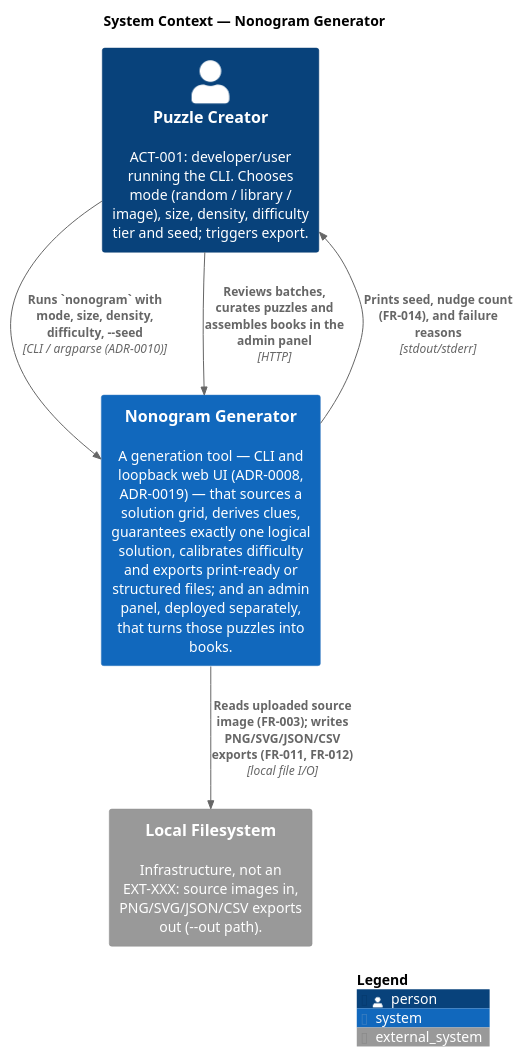
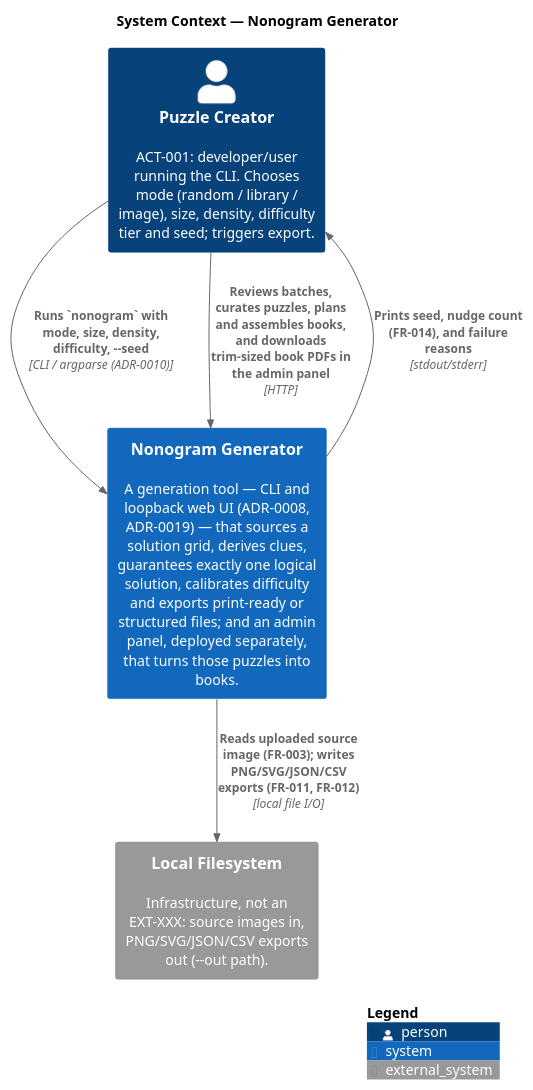
Before and after one commit to et0175/nonogram: the diagram in meta/architecture/c4/context.puml, drawn with PlantUML. The commit also changed 5 other files, not shown here.

First line of the commit message:
arch: book generator synthesis — C4, trace, Increments 13-16

```diff
--- a/meta/architecture/c4/context.puml
+++ b/meta/architecture/c4/context.puml
@@ -1,41 +1,45 @@
 @startuml
 !include <C4/C4_Context>
 ' ============================================================
 ' C4 Context Diagram — Auto-generated by forge:architect-synthesis.
 ' Do not edit manually.
 ' Source: meta/architecture/domain/ + decisions/
 ' Generated from:
 '   ACT-001 (PuzzleCreator, human)
 '   ACT-002 (System — the tool's own automation: solver, scorer, retry
 '            loops; SAME local process, therefore NOT drawn as an actor
 '            or external system; it appears as internal components at L3)
 '   external_systems.yml — EMPTY, and still correct after CARD-112
 '            (2026-09-22): no third-party or sibling-owned system. The
 '            admin panel's Postgres database is NOT an EXT-XXX — it is the
 '            system's own store, owned and migrated by this repository,
 '            so it is a ContainerDb inside the boundary (containers.puml),
 '            not an external system beside it. Constraints: CON-007 and
 '            CON-017, which superseded CON-001 and CON-003.
 '   The local filesystem is drawn below as a boundary element for
 '            readability only — per external_systems.yml it is
 '            infrastructure, NOT an EXT-XXX.
+' DELTA 2026-09-22 (book generator, FR-030..FR-041): no actor or external
+'   system added — Amazon KDP is a print specification the book PDF meets
+'   (CON-018), not an integration; ADR-0033 keeps Book in this system's one
+'   context. Only the admin relationship's label changes.
 ' ADR references:
 '   ADR-0008 (installable package, `nonogram` console entry point)
 '   ADR-0010 (stdlib argparse CLI surface)
 '   ADR-0015 (--seed flag; seed echoed to the user for reproducibility)
 ' ============================================================
 title System Context — Nonogram Generator
 
 Person(puzzleCreator, "Puzzle Creator", "ACT-001: developer/user running the CLI. Chooses mode (random / library / image), size, density, difficulty tier and seed; triggers export.")
 
 System(nonogram, "Nonogram Generator", "A generation tool — CLI and loopback web UI (ADR-0008, ADR-0019) — that sources a solution grid, derives clues, guarantees exactly one logical solution, calibrates difficulty and exports print-ready or structured files; and an admin panel, deployed separately, that turns those puzzles into books.")
 
 System_Ext(filesystem, "Local Filesystem", "Infrastructure, not an EXT-XXX: source images in, PNG/SVG/JSON/CSV exports out (--out path).")
 
 Rel(puzzleCreator, nonogram, "Runs `nonogram` with mode, size, density, difficulty, --seed", "CLI / argparse (ADR-0010)")
 Rel(nonogram, puzzleCreator, "Prints seed, nudge count (FR-014), and failure reasons", "stdout/stderr")
-Rel(puzzleCreator, nonogram, "Reviews batches, curates puzzles and assembles books in the admin panel", "HTTP")
+Rel(puzzleCreator, nonogram, "Reviews batches, curates puzzles, plans and assembles books, and downloads trim-sized book PDFs in the admin panel", "HTTP")
 Rel(nonogram, filesystem, "Reads uploaded source image (FR-003); writes PNG/SVG/JSON/CSV exports (FR-011, FR-012)", "local file I/O")
 
 SHOW_LEGEND()
 @enduml
```
